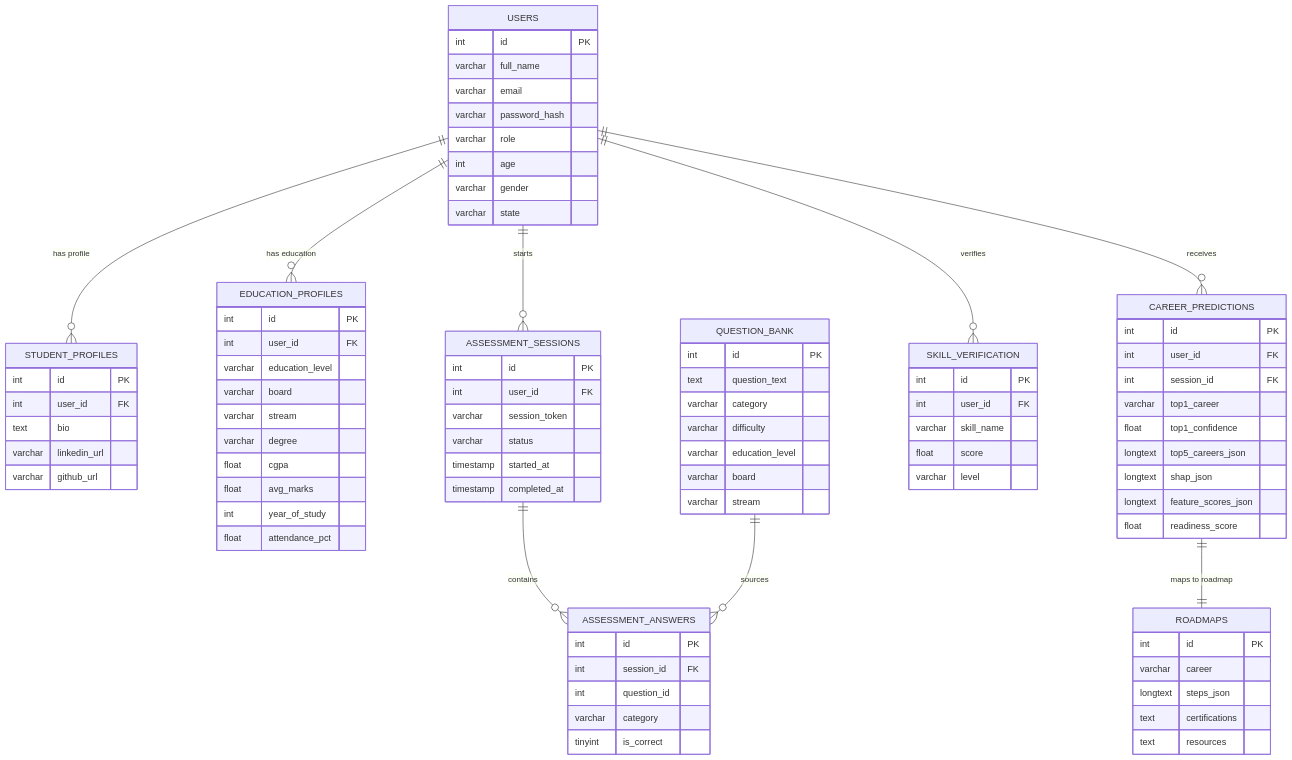
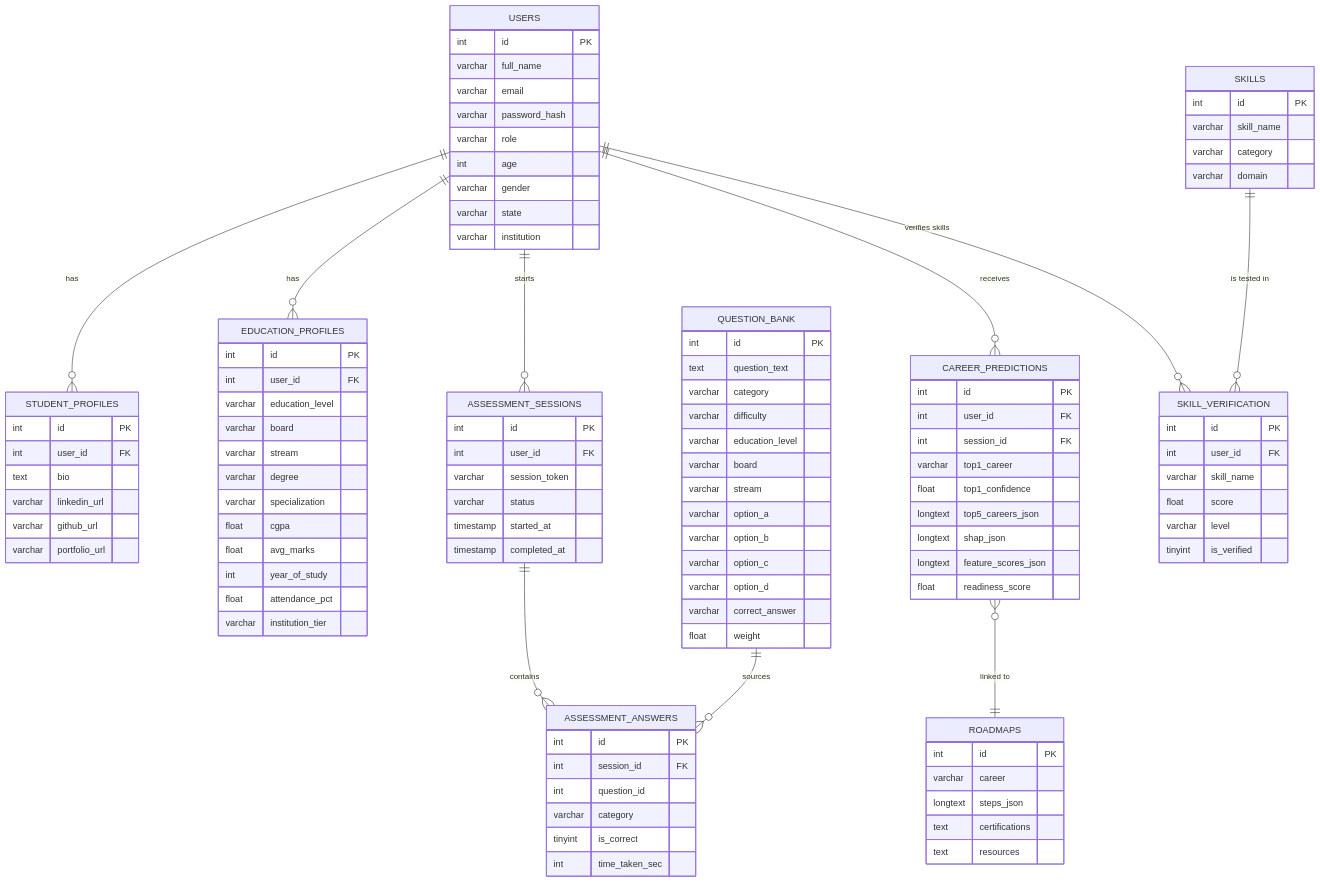
Before and after one commit to AMB-007/Personalized-Career-Recommendation-System-Using-Machine-Learning: the third of 4 diagrams in README.md, drawn with Mermaid. The commit also changed other lines of this file, not shown here.

Commit message:
docs: comprehensive README with all pages, flows, schema, and admin panel

````diff
--- a/README.md
+++ b/README.md
@@ -265,6 +339,7 @@
         int age
         varchar gender
         varchar state
+        varchar institution
     }
     STUDENT_PROFILES {
         int id PK
@@ -272,6 +347,7 @@
         text bio
         varchar linkedin_url
         varchar github_url
+        varchar portfolio_url
     }
     EDUCATION_PROFILES {
         int id PK
@@ -280,10 +356,12 @@
         varchar board
         varchar stream
         varchar degree
+        varchar specialization
         float cgpa
         float avg_marks
         int year_of_study
         float attendance_pct
+        varchar institution_tier
     }
     ASSESSMENT_SESSIONS {
         int id PK
@@ -299,6 +377,36 @@
         int question_id
         varchar category
         tinyint is_correct
+        int time_taken_sec
+    }
+    QUESTION_BANK {
+        int id PK
+        text question_text
+        varchar category
+        varchar difficulty
+        varchar education_level
+        varchar board
+        varchar stream
+        varchar option_a
+        varchar option_b
+        varchar option_c
+        varchar option_d
+        varchar correct_answer
+        float weight
+    }
+    SKILL_VERIFICATION {
+        int id PK
+        int user_id FK
+        varchar skill_name
+        float score
+        varchar level
+        tinyint is_verified
+    }
+    SKILLS {
+        int id PK
+        varchar skill_name
+        varchar category
+        varchar domain
     }
     CAREER_PREDICTIONS {
         int id PK
@@ -311,22 +419,6 @@
         longtext feature_scores_json
         float readiness_score
     }
-    SKILL_VERIFICATION {
-        int id PK
-        int user_id FK
-        varchar skill_name
-        float score
-        varchar level
-    }
-    QUESTION_BANK {
-        int id PK
-        text question_text
-        varchar category
-        varchar difficulty
-        varchar education_level
-        varchar board
-        varchar stream
-    }
     ROADMAPS {
         int id PK
         varchar career
@@ -335,12 +427,13 @@
         text resources
     }
 
-    USERS ||--o{ STUDENT_PROFILES : "has profile"
-    USERS ||--o{ EDUCATION_PROFILES : "has education"
+    USERS ||--o{ STUDENT_PROFILES : "has"
+    USERS ||--o{ EDUCATION_PROFILES : "has"
     USERS ||--o{ ASSESSMENT_SESSIONS : "starts"
     ASSESSMENT_SESSIONS ||--o{ ASSESSMENT_ANSWERS : "contains"
+    QUESTION_BANK ||--o{ ASSESSMENT_ANSWERS : "sources"
     USERS ||--o{ CAREER_PREDICTIONS : "receives"
-    USERS ||--o{ SKILL_VERIFICATION : "verifies"
-    CAREER_PREDICTIONS ||--|| ROADMAPS : "maps to roadmap"
-    QUESTION_BANK ||--o{ ASSESSMENT_ANSWERS : "sources"
+    USERS ||--o{ SKILL_VERIFICATION : "verifies skills"
+    SKILLS ||--o{ SKILL_VERIFICATION : "is tested in"
+    CAREER_PREDICTIONS }o--|| ROADMAPS : "linked to"
 ```
````
